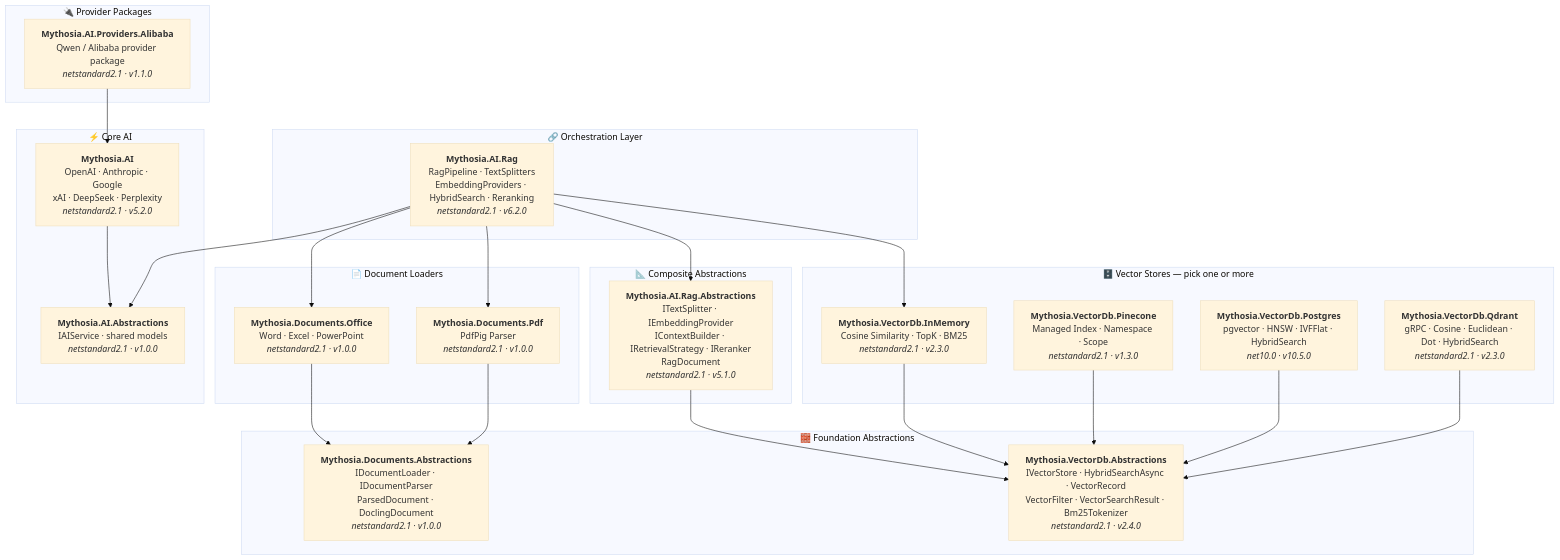
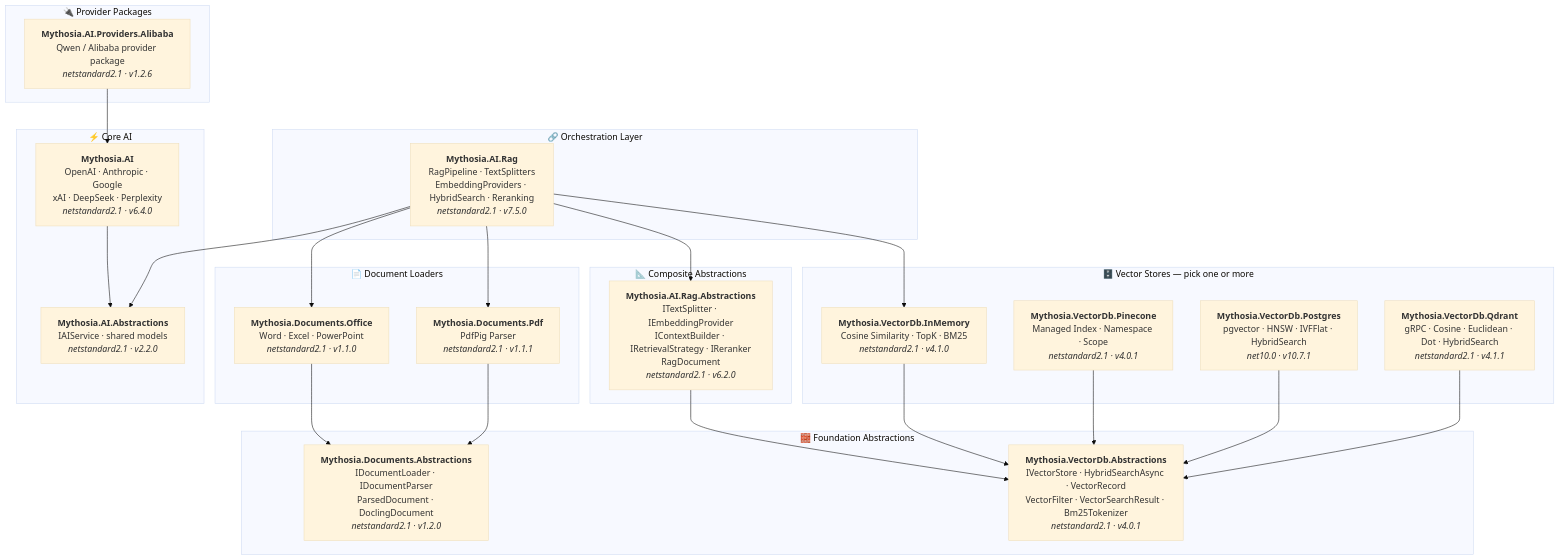
One commit to AJ-comp/Mythosia.AI changed the diagram in README.md. Above: the diagram before and after it, drawn with Mermaid (base theme). The commit also changed 19 other files, not shown here.

````diff
--- a/README.md
+++ b/README.md
@@ -47,62 +47,62 @@
 ```mermaid
 graph TD
     subgraph "🔗 Orchestration Layer"
-        Rag["<b>Mythosia.AI.Rag</b><br/>RagPipeline · TextSplitters<br/>EmbeddingProviders · HybridSearch · Reranking<br/><i>netstandard2.1 · v6.2.0</i>"]
+        Rag["<b>Mythosia.AI.Rag</b><br/>RagPipeline · TextSplitters<br/>EmbeddingProviders · HybridSearch · Reranking<br/><i>netstandard2.1 · v7.5.0</i>"]
     end
 
     subgraph "⚡ Core AI"
-        AI["<b>Mythosia.AI</b><br/>OpenAI · Anthropic · Google<br/>xAI · DeepSeek · Perplexity<br/><i>netstandard2.1 · v5.2.0</i>"]
-        AIAbs["<b>Mythosia.AI.Abstractions</b><br/>IAIService · shared models<br/><i>netstandard2.1 · v1.0.0</i>"]
+        AI["<b>Mythosia.AI</b><br/>OpenAI · Anthropic · Google<br/>xAI · DeepSeek · Perplexity<br/><i>netstandard2.1 · v6.4.0</i>"]
+        AIAbs["<b>Mythosia.AI.Abstractions</b><br/>IAIService · shared models<br/><i>netstandard2.1 · v2.2.0</i>"]
     end
 
     subgraph "🔌 Provider Packages"
-        Alibaba["<b>Mythosia.AI.Providers.Alibaba</b><br/>Qwen / Alibaba provider package<br/><i>netstandard2.1 · v1.1.0</i>"]
+        Alibaba["<b>Mythosia.AI.Providers.Alibaba</b><br/>Qwen / Alibaba provider package<br/><i>netstandard2.1 · v1.2.6</i>"]
     end
 
     subgraph "📄 Document Loaders"
-        Office["<b>Mythosia.Documents.Office</b><br/>Word · Excel · PowerPoint<br/><i>netstandard2.1 · v1.0.0</i>"]
-        Pdf["<b>Mythosia.Documents.Pdf</b><br/>PdfPig Parser<br/><i>netstandard2.1 · v1.0.0</i>"]
+        Office["<b>Mythosia.Documents.Office</b><br/>Word · Excel · PowerPoint<br/><i>netstandard2.1 · v1.1.0</i>"]
+        Pdf["<b>Mythosia.Documents.Pdf</b><br/>PdfPig Parser<br/><i>netstandard2.1 · v1.1.1</i>"]
     end
 
     subgraph "📐 Composite Abstractions"
-        RagAbs["<b>Mythosia.AI.Rag.Abstractions</b><br/>ITextSplitter · IEmbeddingProvider<br/>IContextBuilder · IRetrievalStrategy · IReranker<br/>RagDocument<br/><i>netstandard2.1 · v5.1.0</i>"]
+        RagAbs["<b>Mythosia.AI.Rag.Abstractions</b><br/>ITextSplitter · IEmbeddingProvider<br/>IContextBuilder · IRetrievalStrategy · IReranker<br/>RagDocument<br/><i>netstandard2.1 · v6.2.0</i>"]
     end
 
     subgraph "🗄️ Vector Stores — pick one or more"
-        InMem["<b>Mythosia.VectorDb.InMemory</b><br/>Cosine Similarity · TopK · BM25<br/><i>netstandard2.1 · v2.3.0</i>"]
-        Pine["<b>Mythosia.VectorDb.Pinecone</b><br/>Managed Index · Namespace · Scope<br/><i>netstandard2.1 · v1.3.0</i>"]
-        Pg["<b>Mythosia.VectorDb.Postgres</b><br/>pgvector · HNSW · IVFFlat · HybridSearch<br/><i>net10.0 · v10.5.0</i>"]
-        Qd["<b>Mythosia.VectorDb.Qdrant</b><br/>gRPC · Cosine · Euclidean · Dot · HybridSearch<br/><i>netstandard2.1 · v2.3.0</i>"]
+        InMem["<b>Mythosia.VectorDb.InMemory</b><br/>Cosine Similarity · TopK · BM25<br/><i>netstandard2.1 · v4.1.0</i>"]
+        Pine["<b>Mythosia.VectorDb.Pinecone</b><br/>Managed Index · Namespace · Scope<br/><i>netstandard2.1 · v4.0.1</i>"]
+        Pg["<b>Mythosia.VectorDb.Postgres</b><br/>pgvector · HNSW · IVFFlat · HybridSearch<br/><i>net10.0 · v10.7.1</i>"]
+        Qd["<b>Mythosia.VectorDb.Qdrant</b><br/>gRPC · Cosine · Euclidean · Dot · HybridSearch<br/><i>netstandard2.1 · v4.1.1</i>"]
     end
 
     subgraph "🧱 Foundation Abstractions"
-        LoaderAbs["<b>Mythosia.Documents.Abstractions</b><br/>IDocumentLoader · IDocumentParser<br/>ParsedDocument · DoclingDocument<br/><i>netstandard2.1 · v1.0.0</i>"]
-        VdbAbs["<b>Mythosia.VectorDb.Abstractions</b><br/>IVectorStore · HybridSearchAsync · VectorRecord<br/>VectorFilter · VectorSearchResult · Bm25Tokenizer<br/><i>netstandard2.1 · v2.4.0</i>"]
+        LoaderAbs["<b>Mythosia.Documents.Abstractions</b><br/>IDocumentLoader · IDocumentParser<br/>ParsedDocument · DoclingDocument<br/><i>netstandard2.1 · v1.2.0</i>"]
+        VdbAbs["<b>Mythosia.VectorDb.Abstractions</b><br/>IVectorStore · HybridSearchAsync · VectorRecord<br/>VectorFilter · VectorSearchResult · Bm25Tokenizer<br/><i>netstandard2.1 · v4.0.1</i>"]
     end
 
     %% Core AI internal
     AI --> AIAbs
 
     %% Orchestration → dependencies
     Rag --> AIAbs
     Rag --> Office
     Rag --> Pdf
     Rag --> RagAbs
     Rag --> InMem
 
     %% Provider packages → core
     Alibaba --> AI
 
     %% Composite → Foundation
     RagAbs --> VdbAbs
 
     %% Loaders → Foundation
     Office --> LoaderAbs
     Pdf --> LoaderAbs
 
     %% VectorStores → Foundation
     InMem --> VdbAbs
     Pine --> VdbAbs
     Pg --> VdbAbs
     Qd --> VdbAbs
 ```
````
